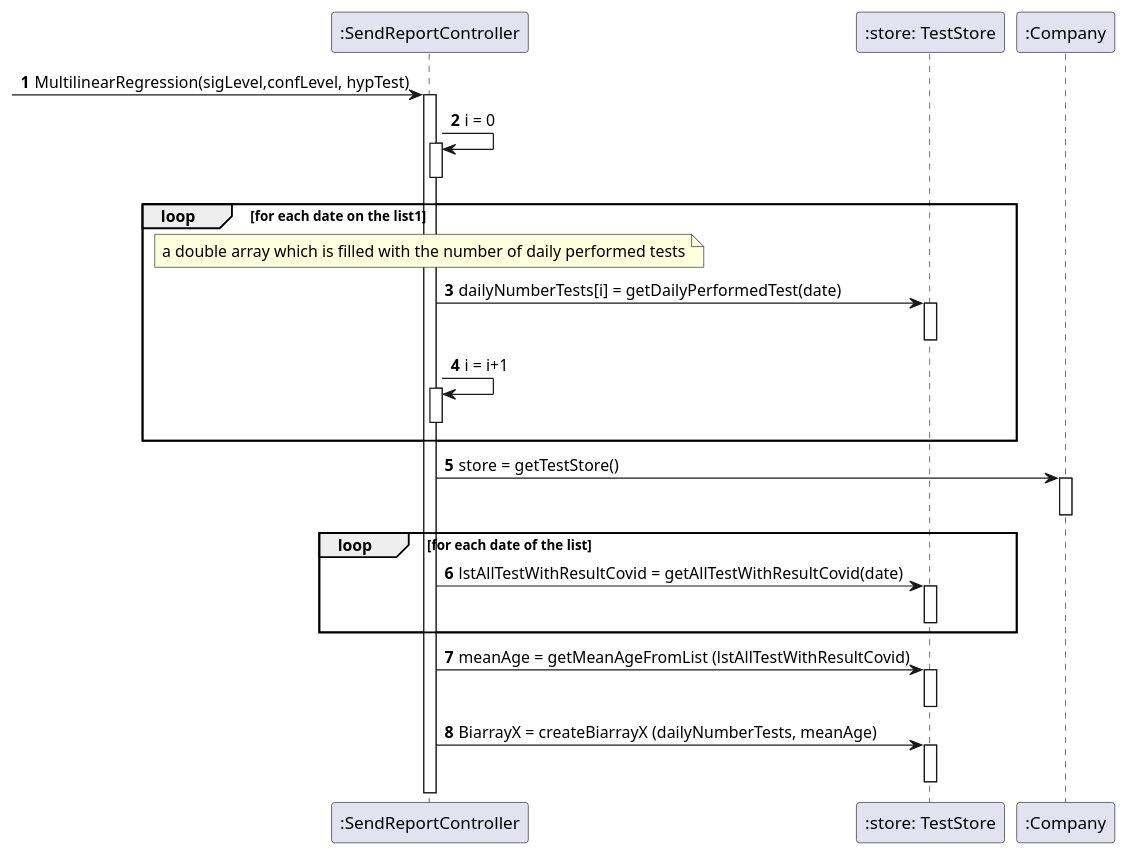
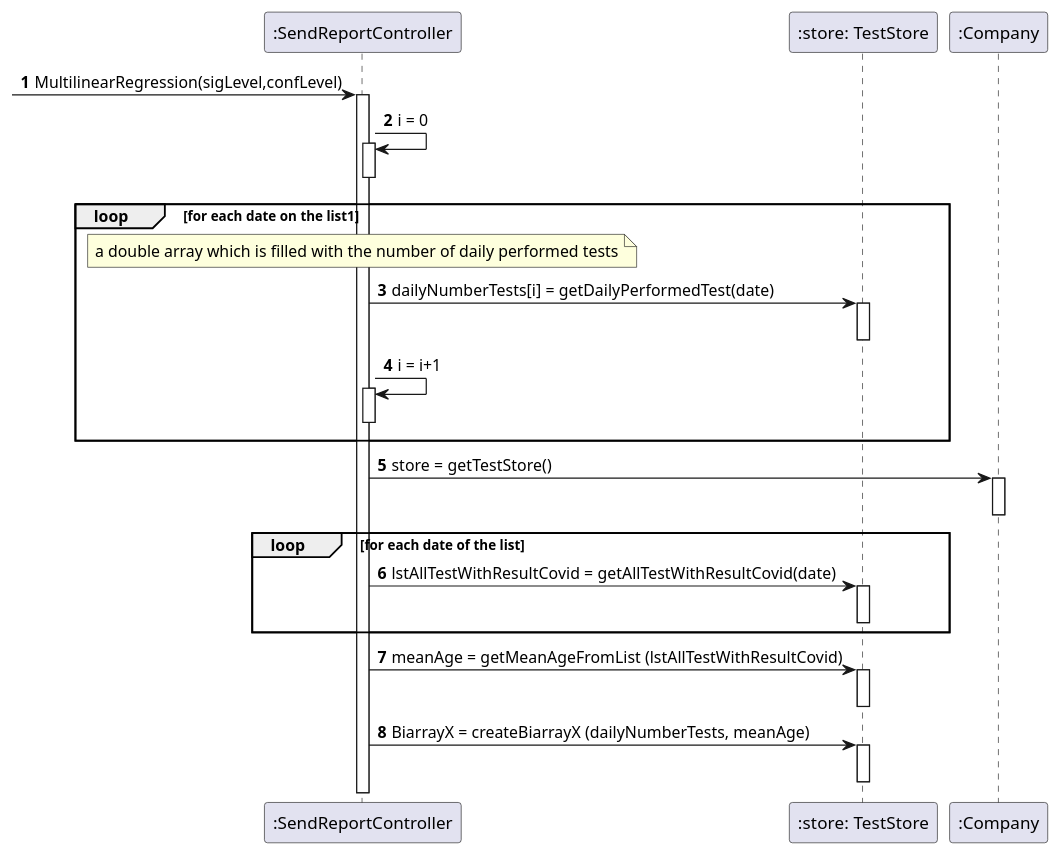
Before and after one commit to 0franciscor/lei-21-s2-1de-g19: the diagram in docs/SprintD/US18/US18-SD_MultilinearRegression.puml, drawn with PlantUML. The commit also changed 5 other files, not shown here.

```diff
--- a/docs/SprintD/US18/US18-SD_MultilinearRegression.puml
+++ b/docs/SprintD/US18/US18-SD_MultilinearRegression.puml
@@ -1,45 +1,45 @@
 @startuml
 'https://plantuml.com/sequence-diagram
 
 autonumber
 
- -> ":SendReportController" : MultilinearRegression(sigLevel,confLevel, hypTest)
+ -> ":SendReportController" : MultilinearRegression(sigLevel,confLevel)
 activate ":SendReportController"
 
 
 ":SendReportController" -> ":SendReportController" : i = 0
 activate ":SendReportController"
 deactivate ":SendReportController"
 
 loop for each date on the list1
 note over ":SendReportController" : a double array which is filled with the number of daily performed tests
 ":SendReportController" -> ":store: TestStore" : dailyNumberTests[i] = getDailyPerformedTest(date)
 activate ":store: TestStore"
 deactivate ":store: TestStore"
 
 
 ":SendReportController" -> ":SendReportController" ++: i = i+1
 deactivate ":SendReportController"
 end
 
 
 ":SendReportController" -> ":Company" : store = getTestStore()
 activate ":Company"
 deactivate
 
 loop for each date of the list
 ":SendReportController" -> ":store: TestStore" : lstAllTestWithResultCovid = getAllTestWithResultCovid(date)
 activate ":store: TestStore"
 deactivate ":store: TestStore"
 end
 
 
 
 ":SendReportController" -> ":store: TestStore" : meanAge = getMeanAgeFromList (lstAllTestWithResultCovid)
 activate ":store: TestStore"
 deactivate ":store: TestStore"
 
 ":SendReportController" -> ":store: TestStore" : BiarrayX = createBiarrayX (dailyNumberTests, meanAge)
 activate ":store: TestStore"
 deactivate ":store: TestStore"
 @enduml
```
